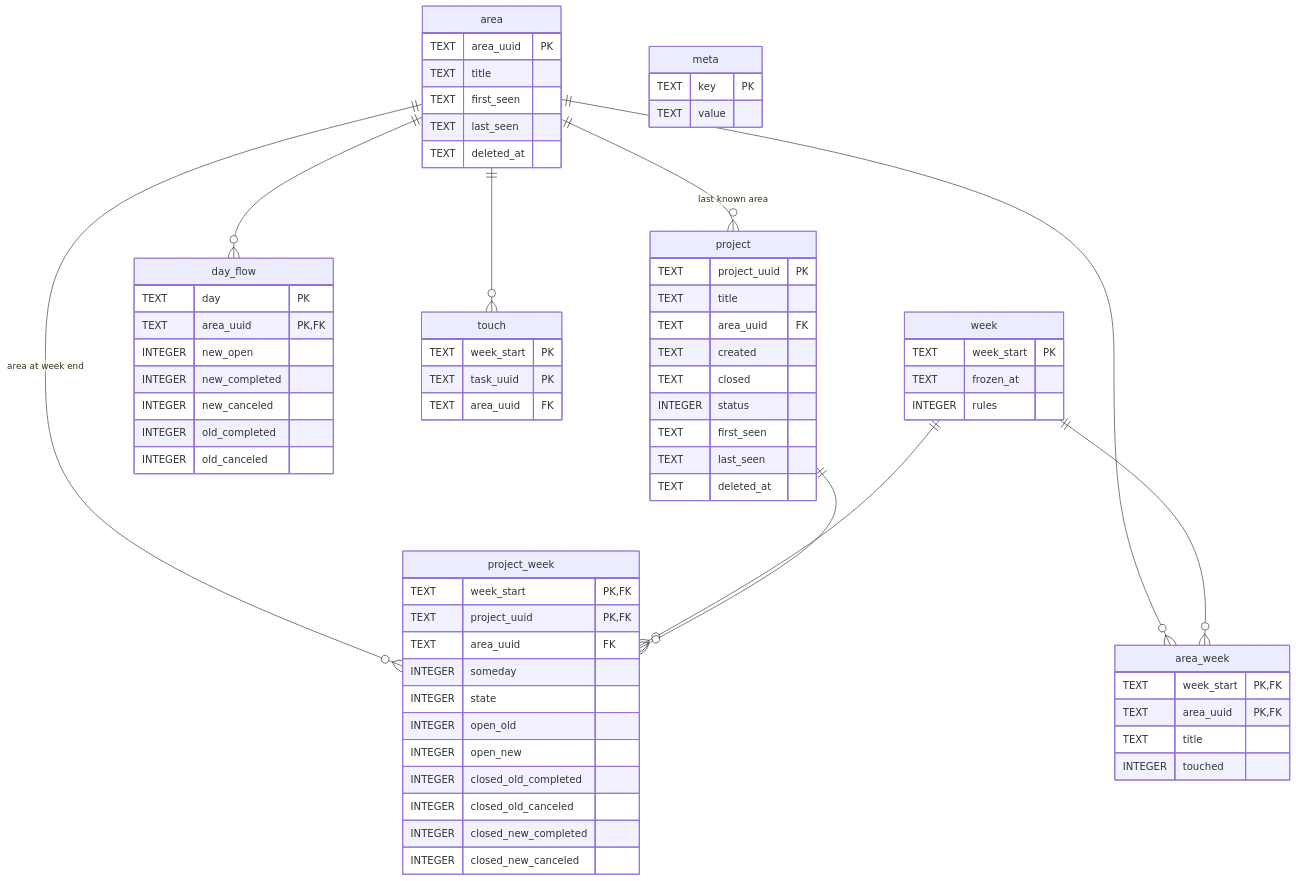
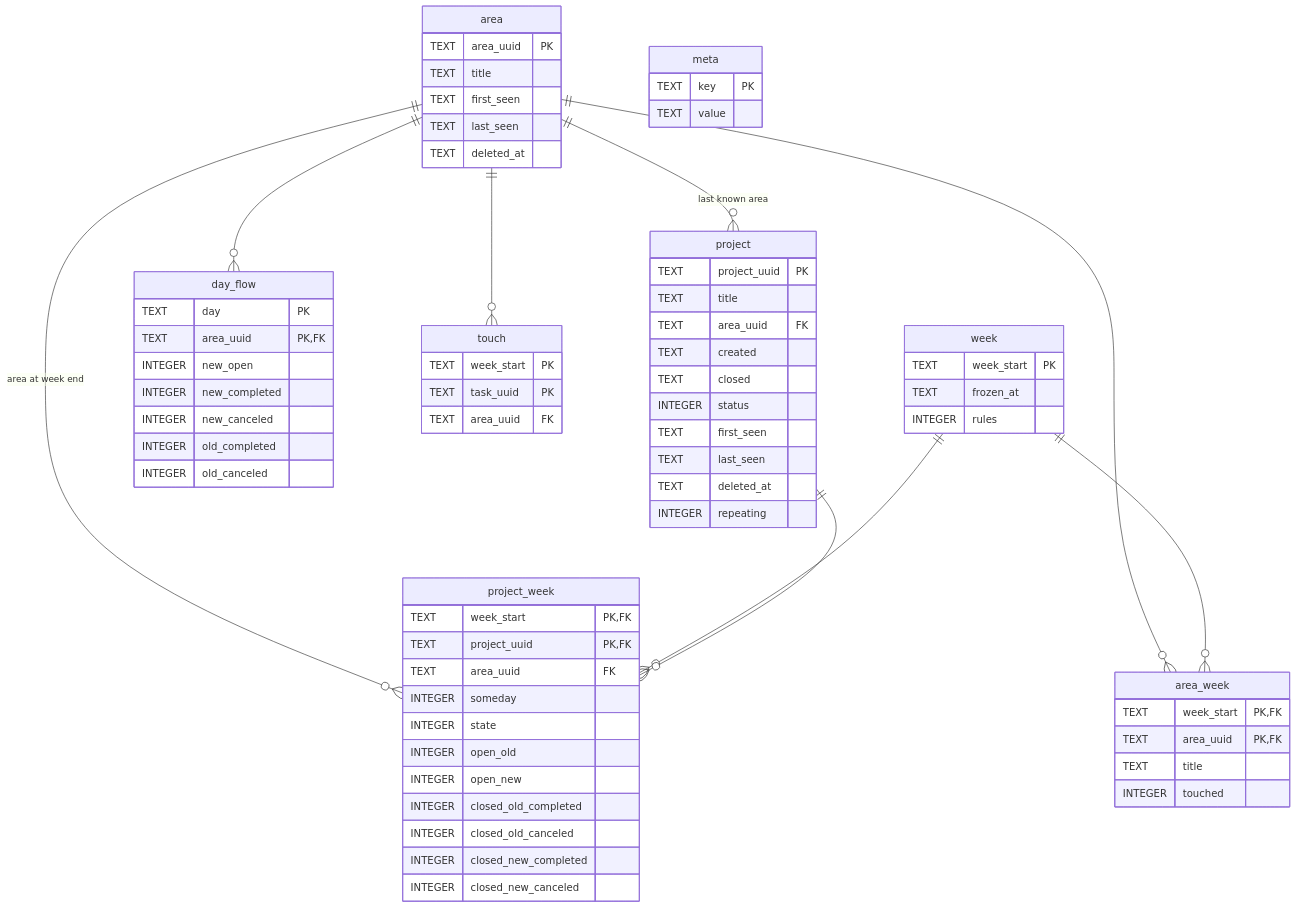
One commit to newrlan/things3-dash changed the diagram in docs/history-schema.md. Above: the diagram before and after it, drawn with Mermaid. The commit also changed other lines of this file and 4 other files, not shown here.

````diff
--- a/docs/history-schema.md
+++ b/docs/history-schema.md
@@ -17,72 +17,73 @@
 ```mermaid
 erDiagram
     area ||--o{ project : "last known area"
     area ||--o{ day_flow : ""
     area ||--o{ area_week : ""
     area ||--o{ project_week : "area at week end"
     area ||--o{ touch : ""
     week ||--o{ area_week : ""
     week ||--o{ project_week : ""
     project ||--o{ project_week : ""
 
     area {
         TEXT area_uuid PK
         TEXT title
         TEXT first_seen
         TEXT last_seen
         TEXT deleted_at
     }
     project {
         TEXT project_uuid PK
         TEXT title
         TEXT area_uuid FK
         TEXT created
         TEXT closed
         INTEGER status
         TEXT first_seen
         TEXT last_seen
         TEXT deleted_at
+        INTEGER repeating
     }
     meta {
         TEXT key PK
         TEXT value
     }
     week {
         TEXT week_start PK
         TEXT frozen_at
         INTEGER rules
     }
     day_flow {
         TEXT day PK
         TEXT area_uuid PK, FK
         INTEGER new_open
         INTEGER new_completed
         INTEGER new_canceled
         INTEGER old_completed
         INTEGER old_canceled
     }
     area_week {
         TEXT week_start PK, FK
         TEXT area_uuid PK, FK
         TEXT title
         INTEGER touched
     }
     touch {
         TEXT week_start PK
         TEXT task_uuid PK
         TEXT area_uuid FK
     }
     project_week {
         TEXT week_start PK, FK
         TEXT project_uuid PK, FK
         TEXT area_uuid FK
         INTEGER someday
         INTEGER state
         INTEGER open_old
         INTEGER open_new
         INTEGER closed_old_completed
         INTEGER closed_old_canceled
         INTEGER closed_new_completed
         INTEGER closed_new_canceled
     }
 ```
````
